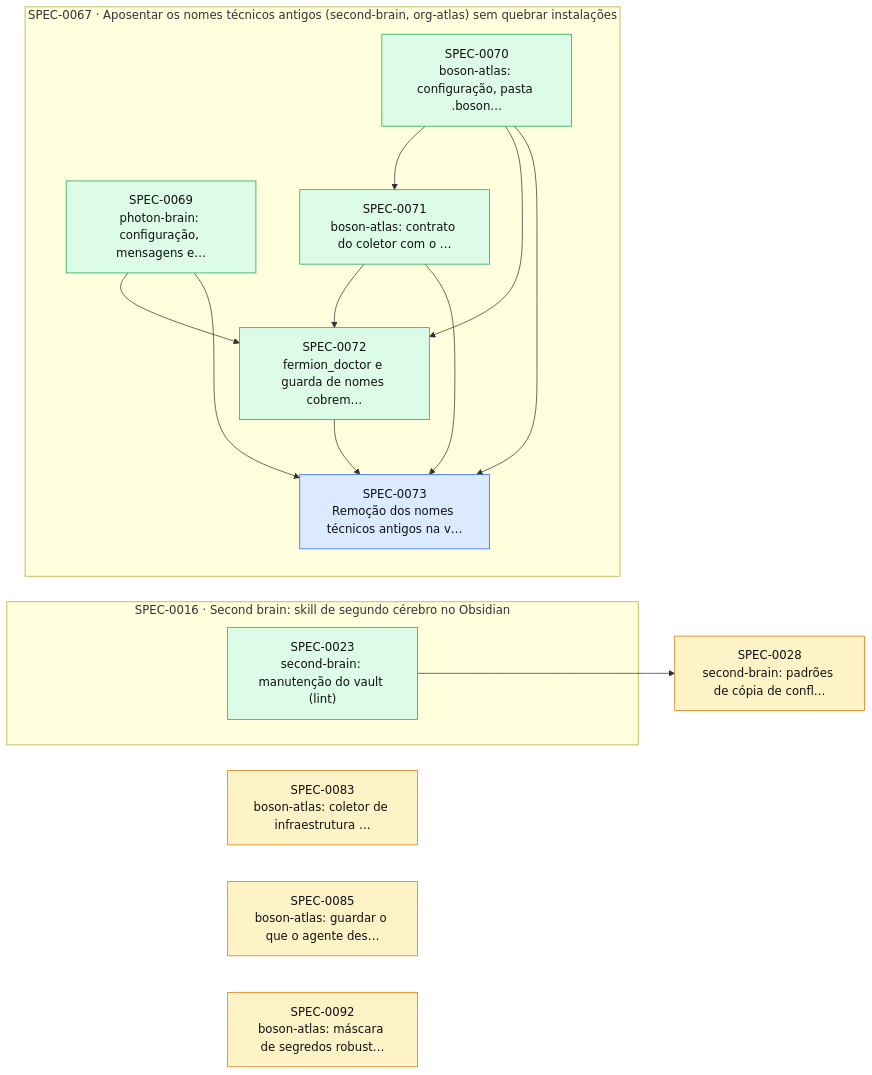
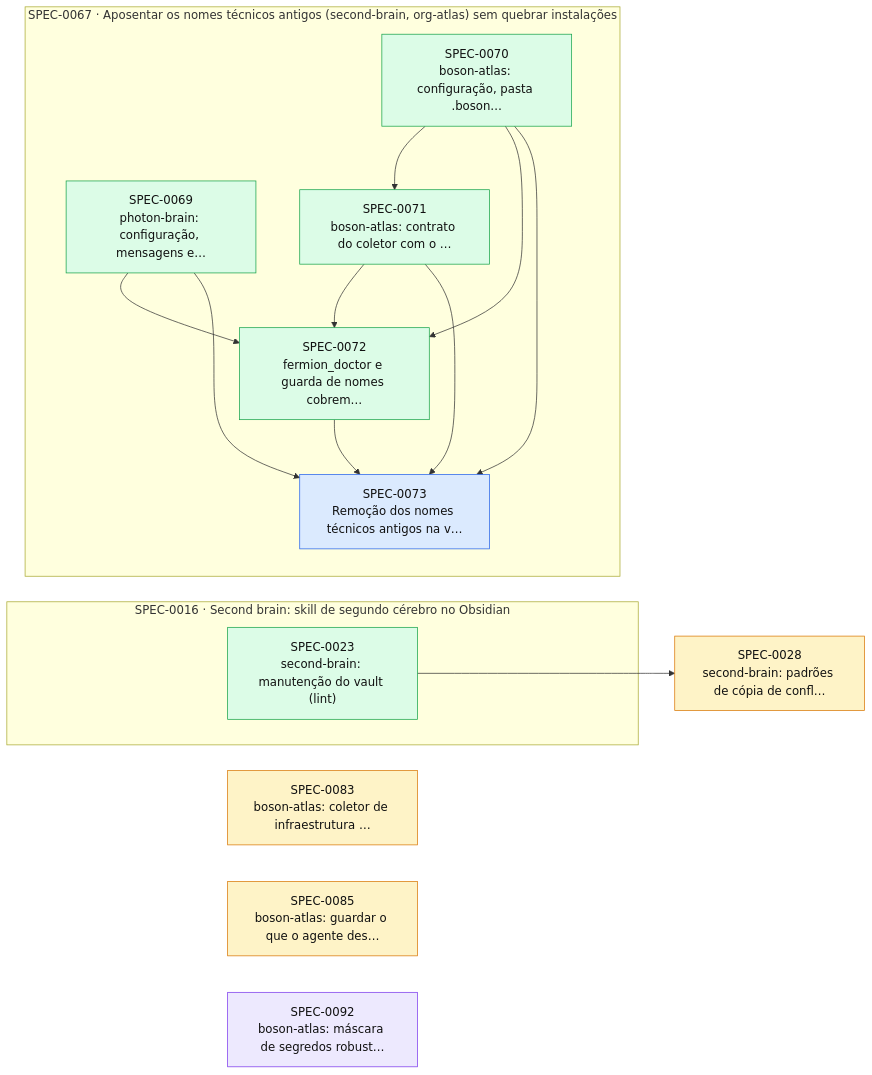
The diagram in docs/specs/INDEX.md (thomasravache/ai-dev-brain), drawn with Mermaid before and after one commit. The commit also changed other lines of this file and 1 other file, not shown here.

First line of the commit message:
docs(specs): aprova a SPEC-0092 e planeja a correção

````diff
--- a/docs/specs/INDEX.md
+++ b/docs/specs/INDEX.md
@@ -65,31 +65,31 @@
 ```mermaid
 flowchart LR
   S0028["SPEC-0028<br/>second-brain: padrões de cópia de confl…"]:::proposed
   S0083["SPEC-0083<br/>boson-atlas: coletor de infraestrutura …"]:::proposed
   S0085["SPEC-0085<br/>boson-atlas: guardar o que o agente des…"]:::proposed
-  S0092["SPEC-0092<br/>boson-atlas: máscara de segredos robust…"]:::proposed
+  S0092["SPEC-0092<br/>boson-atlas: máscara de segredos robust…"]:::inprogress
   subgraph E0016["SPEC-0016 · Second brain: skill de segundo cérebro no Obsidian"]
     S0023["SPEC-0023<br/>second-brain: manutenção do vault (lint)"]:::implemented
   end
   subgraph E0067["SPEC-0067 · Aposentar os nomes técnicos antigos (second-brain, org-atlas) sem quebrar instalações"]
     S0069["SPEC-0069<br/>photon-brain: configuração, mensagens e…"]:::implemented
     S0070["SPEC-0070<br/>boson-atlas: configuração, pasta .boson…"]:::implemented
     S0071["SPEC-0071<br/>boson-atlas: contrato do coletor com o …"]:::implemented
     S0072["SPEC-0072<br/>fermion_doctor e guarda de nomes cobrem…"]:::implemented
     S0073["SPEC-0073<br/>Remoção dos nomes técnicos antigos na v…"]:::approved
   end
   S0023 --> S0028
   S0070 --> S0071
   S0069 --> S0072
   S0070 --> S0072
   S0071 --> S0072
   S0069 --> S0073
   S0070 --> S0073
   S0071 --> S0073
   S0072 --> S0073
   classDef proposed fill:#fef3c7,stroke:#d97706,color:#111
   classDef approved fill:#dbeafe,stroke:#2563eb,color:#111
   classDef inprogress fill:#ede9fe,stroke:#7c3aed,color:#111
   classDef implemented fill:#dcfce7,stroke:#16a34a,color:#111
   classDef deprecated fill:#f3f4f6,stroke:#9ca3af,color:#6b7280
 ```
````
